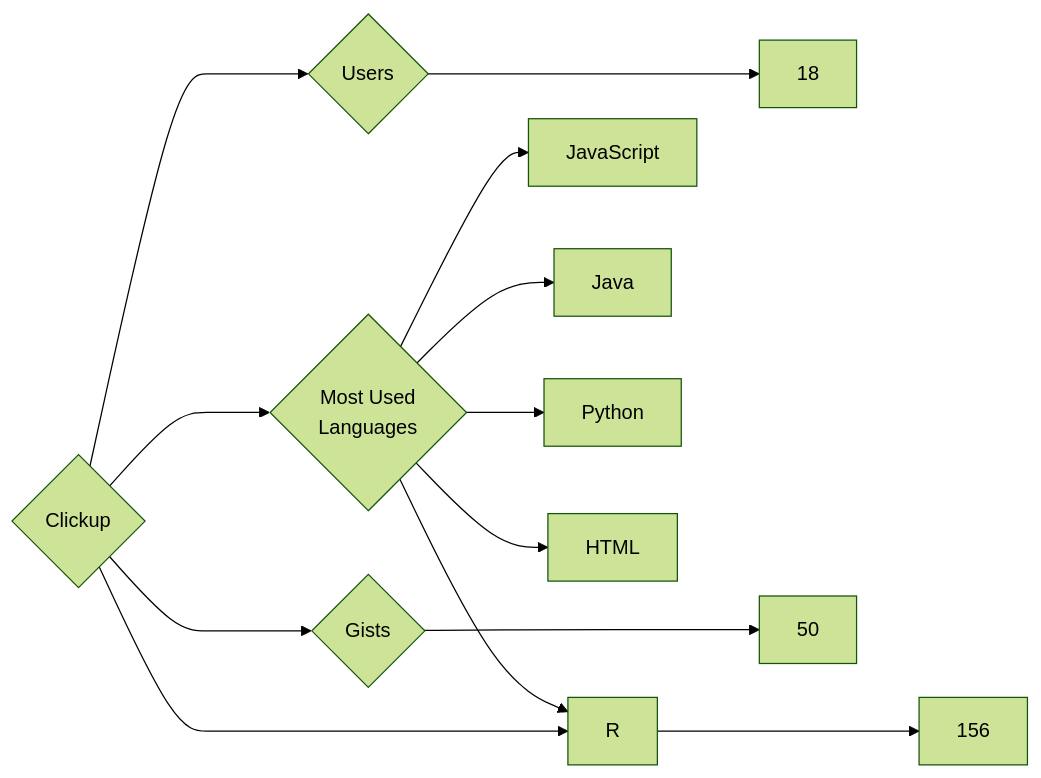
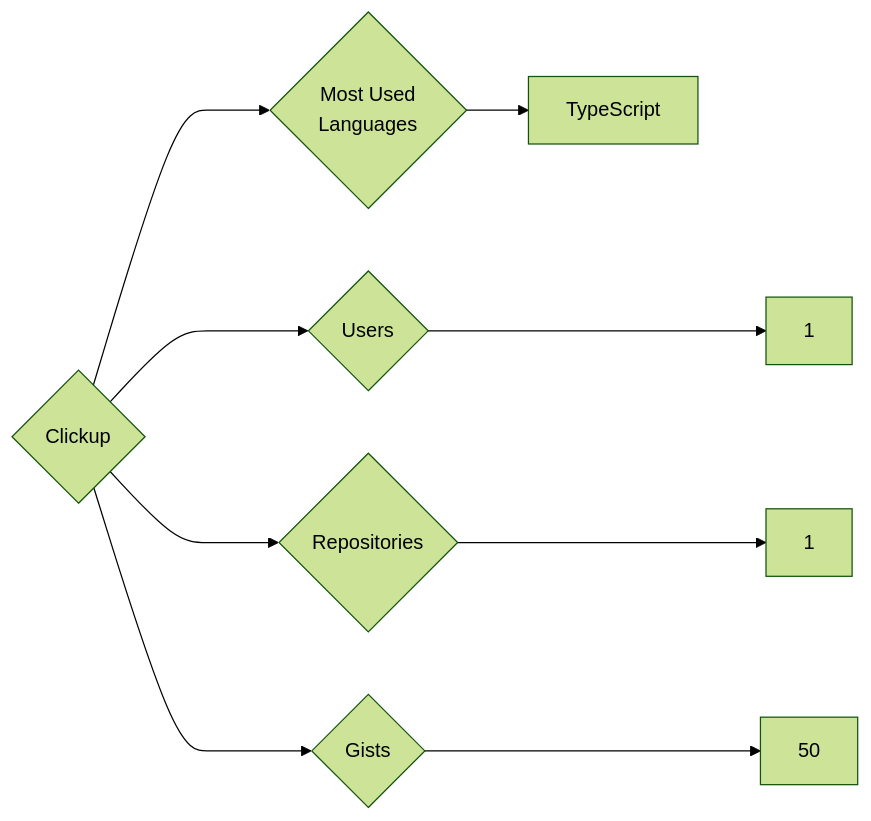
The diagram in targets/Clickup/README.md (trickest/insiders), drawn with Mermaid (forest theme) before and after one commit. The commit also changed 553 other files, not shown here.

````diff
--- a/targets/Clickup/README.md
+++ b/targets/Clickup/README.md
@@ -3,13 +3,9 @@
 ```mermaid
 graph LR
 COMPANY_NAME{Clickup}
-COMPANY_NAME ---> U{Users} ---> UN[18]
-COMPANY_NAME ---> R{Repositories} ---> RN[156]
+COMPANY_NAME ---> U{Users} ---> UN[1]
+COMPANY_NAME ---> R{Repositories} ---> RN[1]
 COMPANY_NAME ---> G{Gists} ---> GN[50]
 COMPANY_NAME ---> ML{Most Used<br>Languages}
-ML --> JavaScript[JavaScript]
-ML --> R[R]
-ML --> Java[Java]
-ML --> Python[Python]
-ML --> HTML[HTML]
+ML --> TypeScript[TypeScript]
 ```
````
